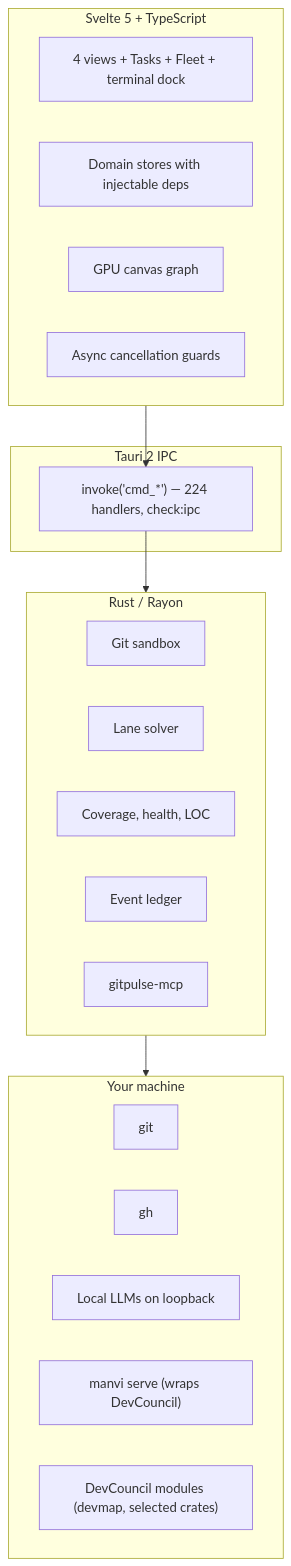
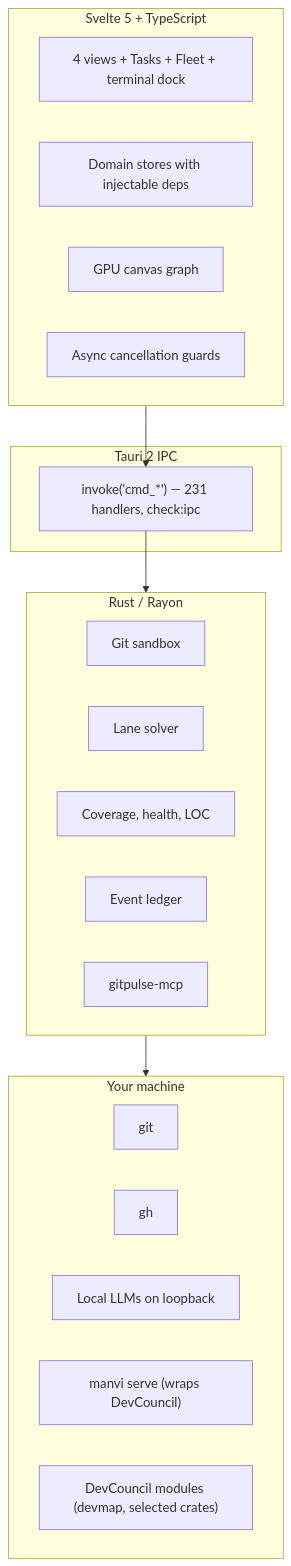
Before and after one commit to bharathvbcr/GitPulse: the diagram in wiki/Architecture.md, drawn with Mermaid. The commit also changed other lines of this file and 9 other files, not shown here.

````diff
--- a/wiki/Architecture.md
+++ b/wiki/Architecture.md
@@ -7,28 +7,28 @@
 ```mermaid
 flowchart TB
     subgraph Frontend["Svelte 5 + TypeScript"]
         Views["4 views + Tasks + Fleet + terminal dock"]
         Stores["Domain stores with injectable deps"]
         Canvas["GPU canvas graph"]
         Guards["Async cancellation guards"]
     end
     subgraph IPC["Tauri 2 IPC"]
-        Bridge["invoke('cmd_*') — 224 handlers, check:ipc"]
+        Bridge["invoke('cmd_*') — 231 handlers, check:ipc"]
     end
     subgraph Backend["Rust / Rayon"]
         Git["Git sandbox"]
         Graph["Lane solver"]
         Analyzers["Coverage, health, LOC"]
         Ledger["Event ledger"]
         MCP["gitpulse-mcp"]
     end
     subgraph Local["Your machine"]
         GitCLI["git"]
         GhCLI["gh"]
         LLM["Local LLMs on loopback"]
         Manvi["manvi serve (wraps DevCouncil)"]
         DevCouncil["DevCouncil modules (devmap, selected crates)"]
     end
     Frontend --> Bridge --> Backend
     Backend --> Local
 ```
````
